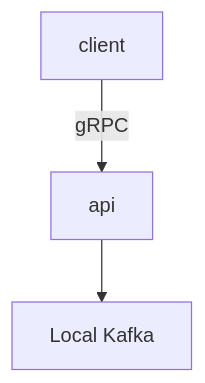
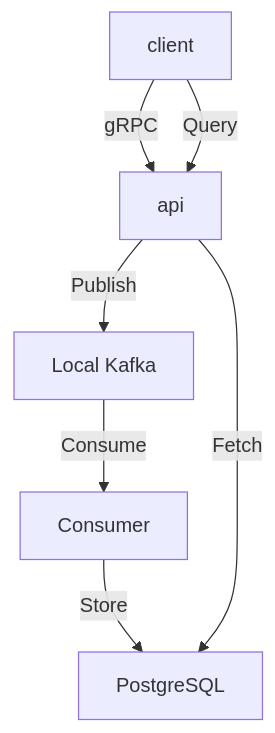
One commit to michaelzg/terrarium changed the diagram in README.md. Above: the diagram before and after it, drawn with Mermaid. The commit also changed other lines of this file and 15 other files, not shown here.

````diff
--- a/README.md
+++ b/README.md
@@ -4,5 +4,9 @@
 ```mermaid
 flowchart TD
     A[client] -->|gRPC| B[api]
-    B --> C[Local Kafka]
+    B -->|Publish| C[Local Kafka]
+    C -->|Consume| D[Consumer]
+    D -->|Store| E[PostgreSQL]
+    A -->|Query| B
+    B -->|Fetch| E
 ```
````
